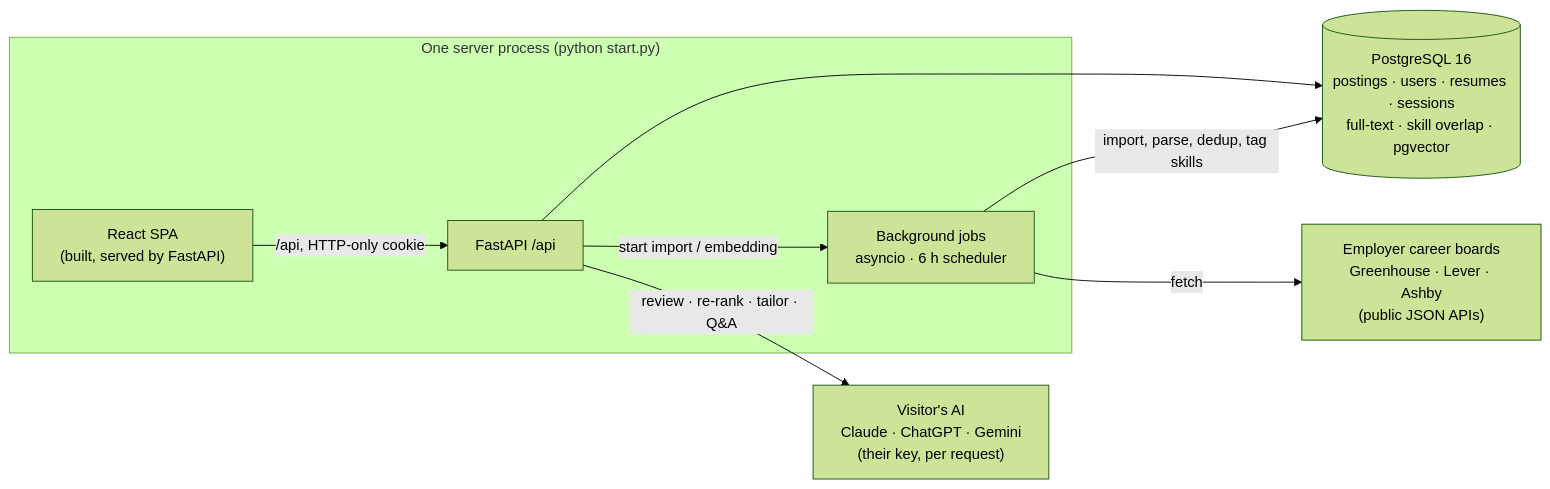
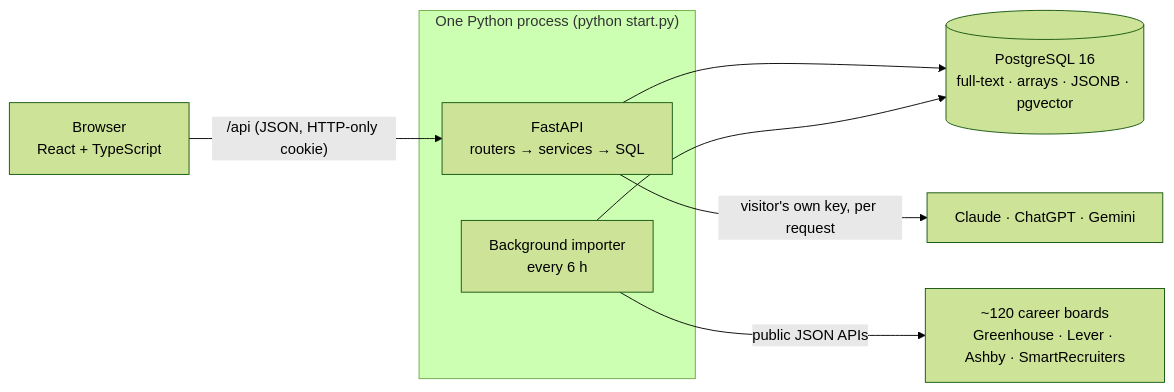
Before and after one commit to mbendari7/COOP-Radar: the diagram in README.md, drawn with Mermaid (forest theme). The commit also changed other lines of this file and 76 other files, not shown here.

````diff
--- a/README.md
+++ b/README.md
@@ -35,18 +42,12 @@
 ```mermaid
 flowchart LR
-    subgraph Site["One server process (python start.py)"]
-      UI["React SPA<br/>(built, served by FastAPI)"]
-      API["FastAPI /api"]
-      WK["Background jobs<br/>asyncio · 6 h scheduler"]
+    B["Browser<br/>React + TypeScript"] -->|"/api (JSON, HTTP-only cookie)"| API
+    subgraph Server["One Python process (python start.py)"]
+      API["FastAPI<br/>routers → services → SQL"]
+      JOBS["Background importer<br/>every 6 h"]
     end
-    DB[("PostgreSQL 16<br/>postings · users · resumes · sessions<br/>full-text · skill overlap · pgvector")]
-    BOARDS["Employer career boards<br/>Greenhouse · Lever · Ashby<br/>(public JSON APIs)"]
-    AI["Visitor's AI<br/>Claude · ChatGPT · Gemini<br/>(their key, per request)"]
-
-    UI -->|"/api, HTTP-only cookie"| API
-    API --> DB
-    API -->|start import / embedding| WK
-    WK -->|import, parse, dedup, tag skills| DB
-    WK -->|fetch| BOARDS
-    API -->|"review · re-rank · tailor · Q&A"| AI
+    API --> DB[("PostgreSQL 16<br/>full-text · arrays · JSONB · pgvector")]
+    JOBS --> DB
+    JOBS -->|"public JSON APIs"| BOARDS["~120 career boards<br/>Greenhouse · Lever · Ashby · SmartRecruiters"]
+    API -->|"visitor's own key, per request"| AI["Claude · ChatGPT · Gemini"]
 ```
````
